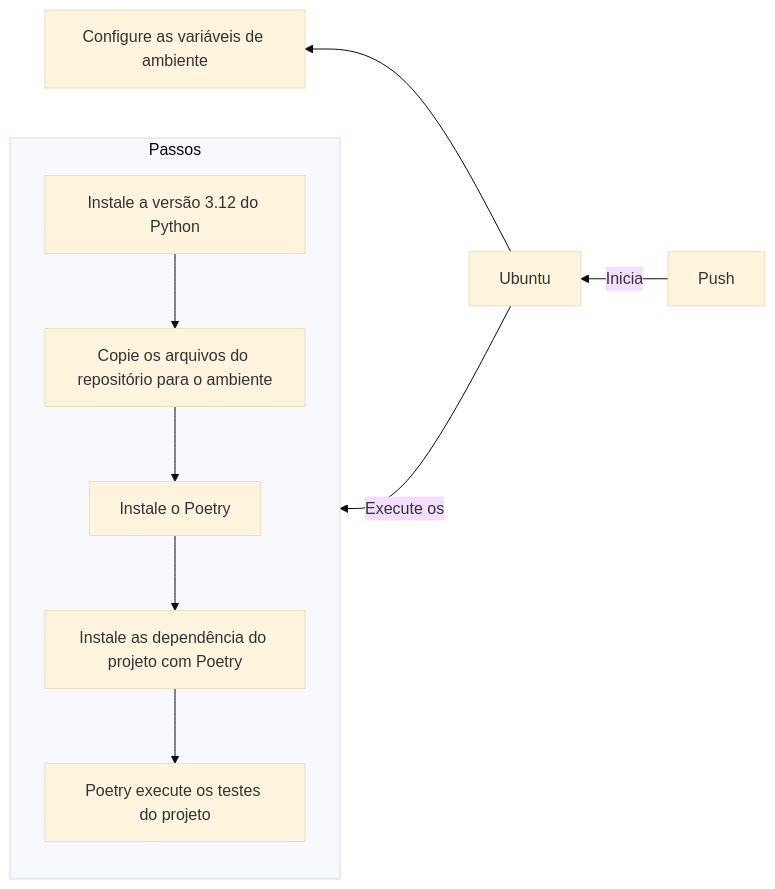
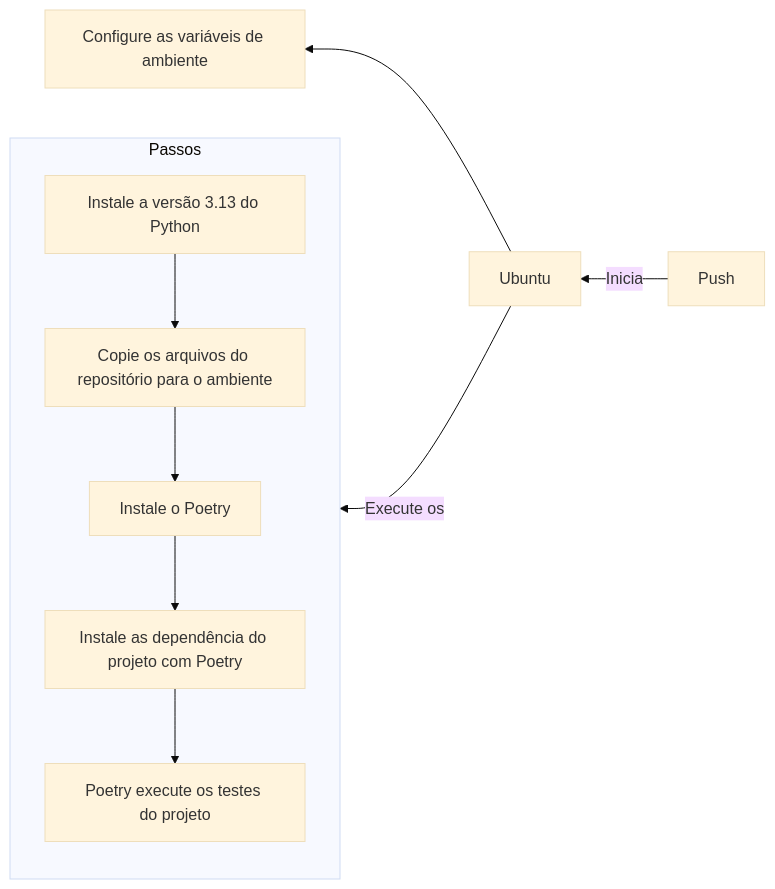
The second of 3 diagrams in slides/brutos/aula_11.md (dunossauro/fastapi-do-zero), drawn with Mermaid (base theme) before and after one commit. The commit also changed other lines of this file and 8 other files, not shown here.

Commit message:
Atualizando slides das aulas 1, 10 e 11 para versão 3.13

```diff
--- a/slides/brutos/aula_11.md
+++ b/slides/brutos/aula_11.md
@@ -46,12 +46,12 @@
 <div class="mermaid">
 flowchart RL
     Push -- Inicia --> Ubuntu
     Ubuntu -- Execute os --> Passos
 	Ubuntu --> Z[Configure as variáveis de ambiente]
 	subgraph Passos
-      A[Instale a versão 3.12 do Python] --> B[Copie os arquivos do repositório para o ambiente]
+      A[Instale a versão 3.13 do Python] --> B[Copie os arquivos do repositório para o ambiente]
 	  B --> C[Instale o Poetry]
 	  C --> D[Instale as dependência do projeto com Poetry]
 	  D --> E[Poetry execute os testes do projeto]
 	end
 </div>
```
